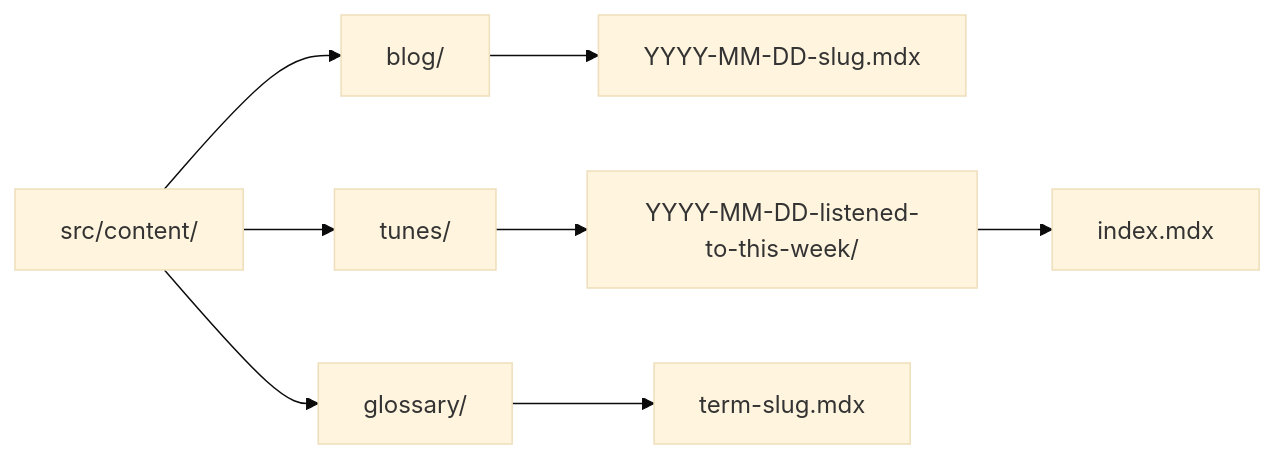
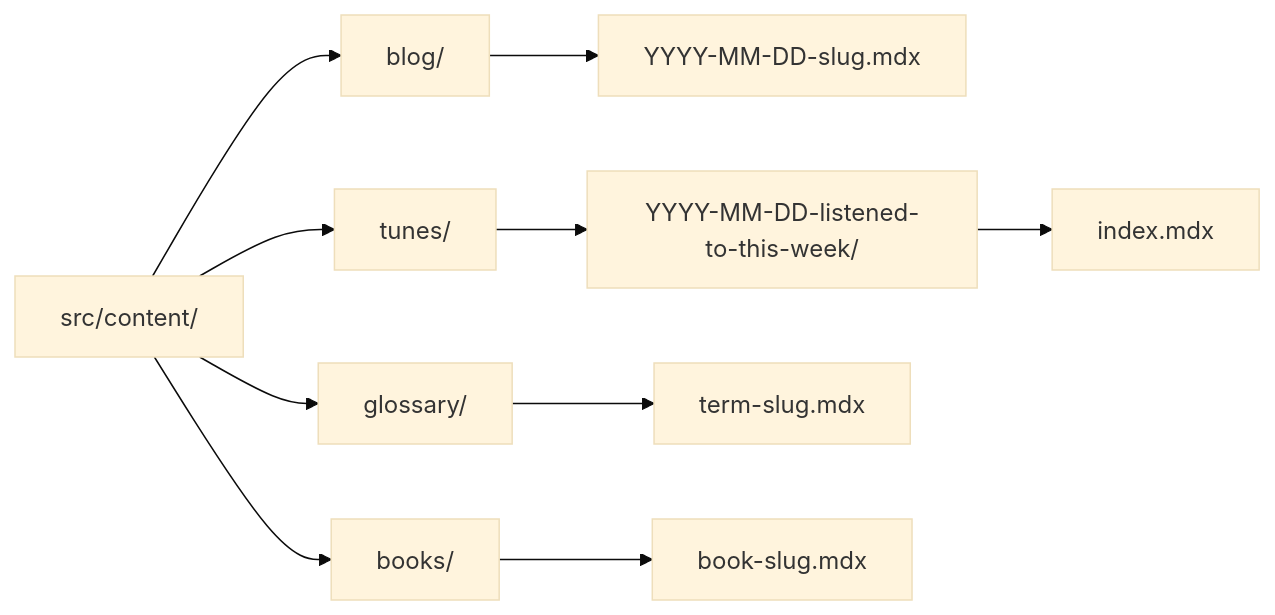
Before and after one commit to russmckendrick/blog: the fourth of 12 diagrams in docs/architecture/overview.md, drawn with Mermaid (base theme). The commit also changed other lines of this file and 161 other files, not shown here.

````diff
--- a/docs/architecture/overview.md
+++ b/docs/architecture/overview.md
@@ -131,10 +131,12 @@
 ```mermaid
 graph LR
     A[src/content/] --> B[blog/]
     A --> C[tunes/]
     A --> G[glossary/]
+    A --> K[books/]
     B --> D[YYYY-MM-DD-slug.mdx]
     C --> E[YYYY-MM-DD-listened-to-this-week/]
     E --> F[index.mdx]
     G --> H[term-slug.mdx]
+    K --> L[book-slug.mdx]
 ```
````
